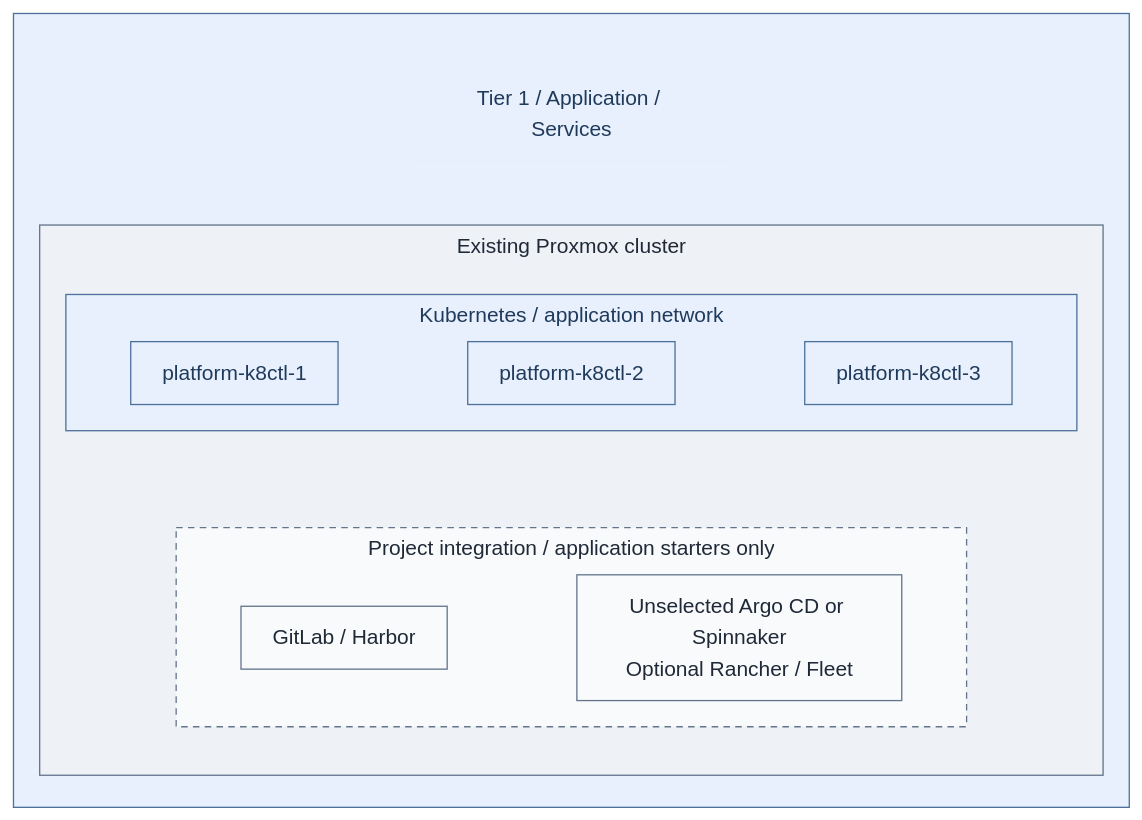
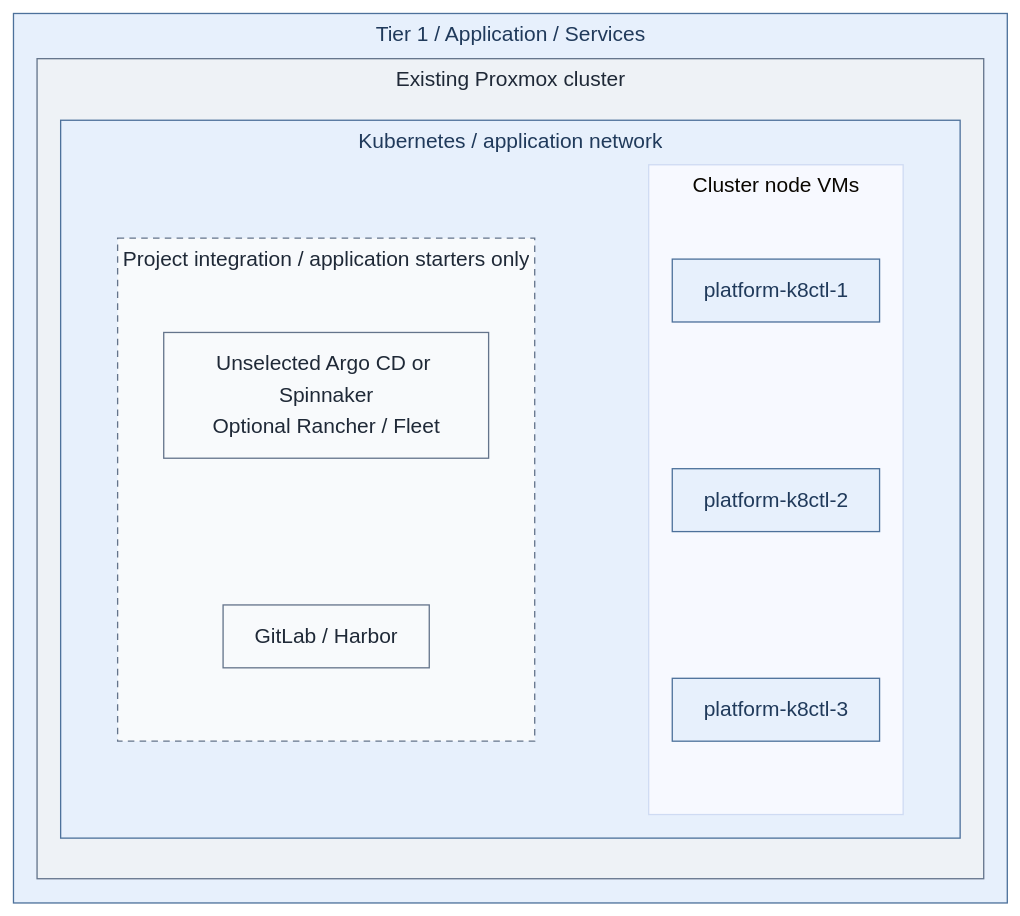
Before and after one commit to Rexus/homelab: the first of 2 diagrams in docs/deployment/stage-5-delivery/README.md, drawn with Mermaid. The commit also changed other lines of this file and 89 other files, not shown here.

Commit message:
docs(deployment): align capability stages and diagrams

````diff
--- a/docs/deployment/stage-5-delivery/README.md
+++ b/docs/deployment/stage-5-delivery/README.md
@@ -36,34 +35,35 @@
 ```mermaid
-%%{init: {"theme":"base","flowchart":{"nodeSpacing":20,"rankSpacing":24,"padding":12,"subGraphTitleMargin":{"top":4,"bottom":12}},"themeVariables":{"lineColor":"#627581","edgeLabelBackground":"#f8fafc"}}}%%
+%%{init: {"theme":"base","flowchart":{"nodeSpacing":16,"rankSpacing":12,"padding":12,"subGraphTitleMargin":{"top":4,"bottom":12}},"themeVariables":{"lineColor":"#627581","edgeLabelBackground":"#f8fafc"}}}%%
 flowchart TB
-  subgraph T1[" "]
+  subgraph T1["Tier 1 / Application / Services"]
     direction TB
-    T1Title["Tier 1 / Application / Services"]
     subgraph PVE["Existing Proxmox cluster"]
       direction TB
       subgraph Platform["Kubernetes / application network"]
         direction LR
-        CP1["platform-k8ctl-1"]
-        CP2["platform-k8ctl-2"]
-        CP3["platform-k8ctl-3"]
-        CP1 ~~~ CP2 ~~~ CP3
+        subgraph Apps["Project integration / application starters only"]
+          direction TB
+          Delivery["Unselected Argo CD or Spinnaker<br/>Optional Rancher / Fleet"]
+          Git["GitLab / Harbor"]
+          Delivery ~~~ Git
+        end
+        subgraph Nodes["Cluster node VMs"]
+          direction TB
+          CP1["platform-k8ctl-1"]
+          CP2["platform-k8ctl-2"]
+          CP3["platform-k8ctl-3"]
+          CP1 ~~~ CP2 ~~~ CP3
+        end
+        Apps ~~~ Nodes
       end
-      subgraph Apps["Project integration / application starters only"]
-        Git["GitLab / Harbor"]
-        Delivery["Unselected Argo CD or Spinnaker<br/>Optional Rancher / Fleet"]
-        Git ~~~ Delivery
-      end
-      Platform ~~~ Apps
     end
-    T1Title ~~~ PVE
   end
   classDef default fill:#f8fafc,stroke:#64748b,color:#1f2937
   classDef boundary fill:#eef2f6,stroke:#64748b,color:#1f2937
   classDef services fill:#e7f0fc,stroke:#4d719b,color:#203a5b
   classDef servicesHeading fill:#e7f0fc,stroke:#e7f0fc,color:#203a5b
   classDef replicas fill:#f8fafc,stroke:#64748b,color:#1f2937,stroke-dasharray:5 4
   class T1,Platform,CP1,CP2,CP3 services
-  class T1Title servicesHeading
   class PVE boundary
   class Apps replicas
 ```
````
